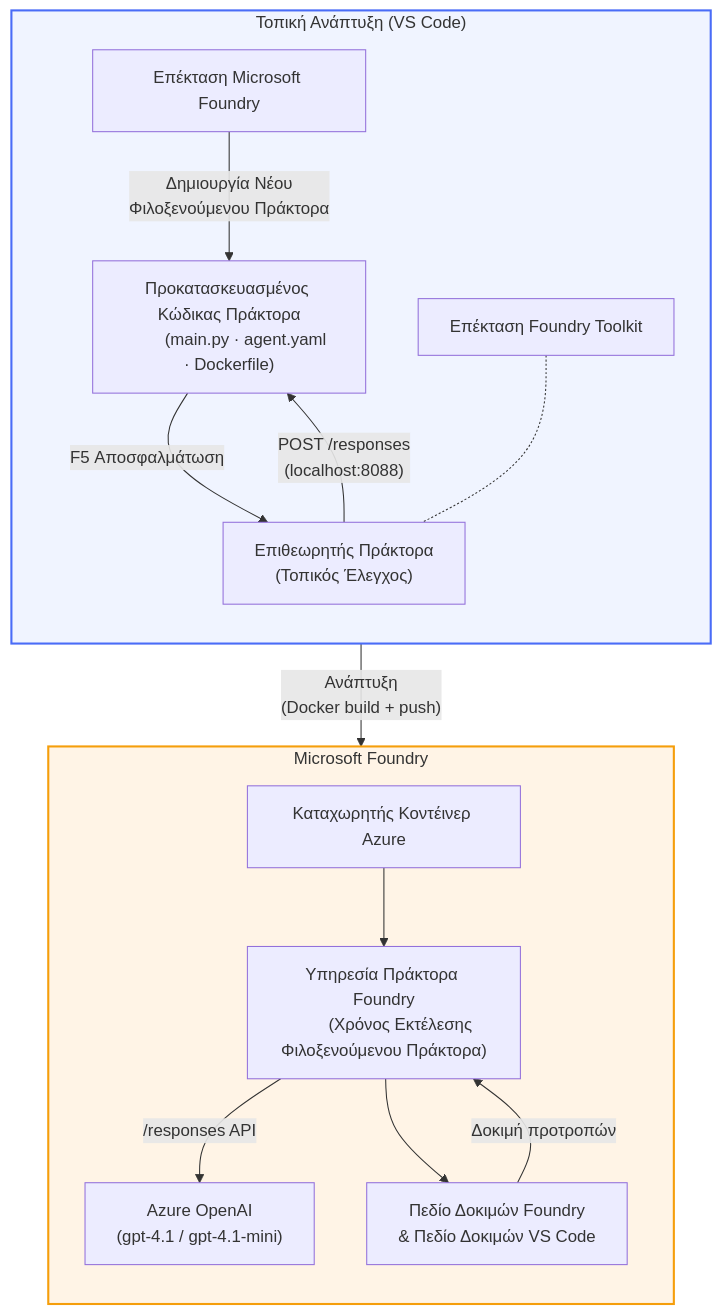
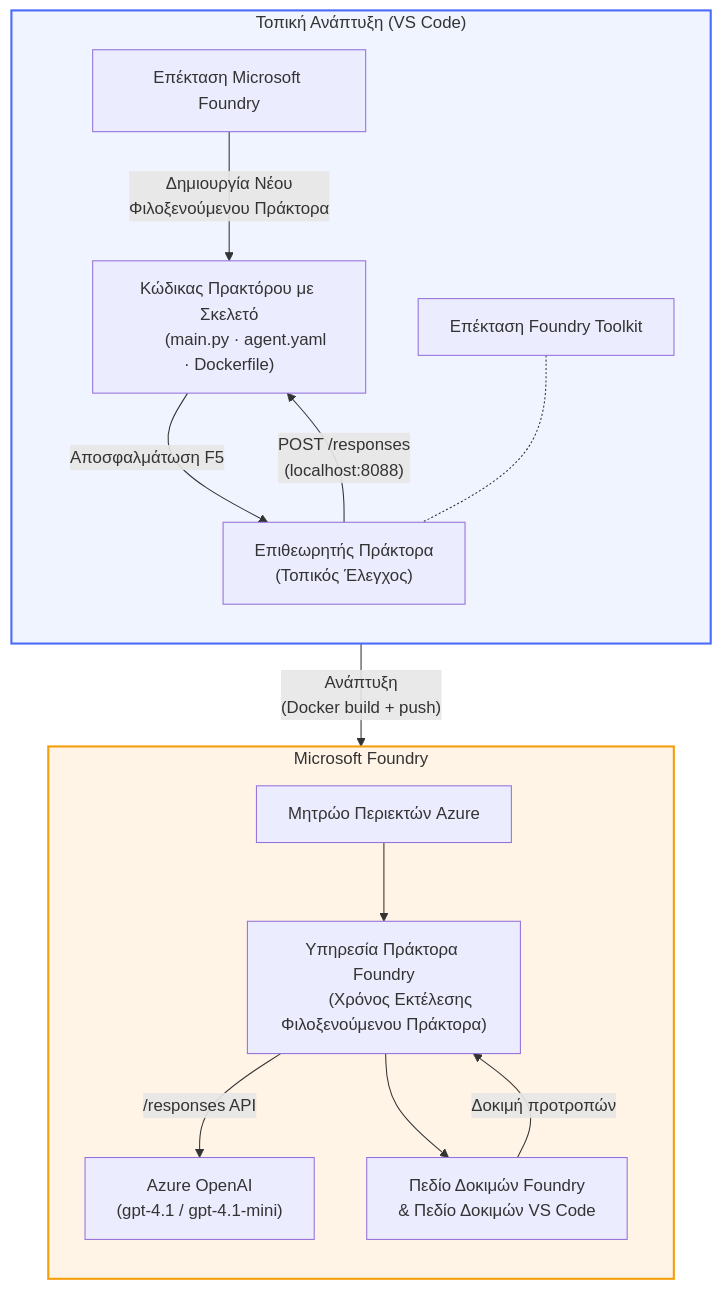
Before and after one commit to microsoft-foundry/Foundry_Toolkit_for_VSCode_Lab: the diagram in translations/el/README.md, drawn with Mermaid. The commit also changed other lines of this file and 110 other files, not shown here.

````diff
--- a/translations/el/README.md
+++ b/translations/el/README.md
@@ -48,39 +52,39 @@
 ```mermaid
 flowchart TB
     subgraph Local["Τοπική Ανάπτυξη (VS Code)"]
         direction TB
         FE["Επέκταση Microsoft Foundry"]
         FoundryToolkit["Επέκταση Foundry Toolkit"]
-        Scaffold["Προκατασκευασμένος Κώδικας Πράκτορα
+        Scaffold["Κώδικας Πρακτόρου με Σκελετό
         (main.py · agent.yaml · Dockerfile)"]
         Inspector["Επιθεωρητής Πράκτορα
         (Τοπικός Έλεγχος)"]
         FE -- "Δημιουργία Νέου
         Φιλοξενούμενου Πράκτορα" --> Scaffold
-        Scaffold -- "F5 Αποσφαλμάτωση" --> Inspector
+        Scaffold -- "Αποσφαλμάτωση F5" --> Inspector
         FoundryToolkit -.- Inspector
     end
 
     subgraph Cloud["Microsoft Foundry"]
         direction TB
-        ACR["Καταχωρητής Κοντέινερ Azure"]
+        ACR["Μητρώο Περιεκτών Azure"]
         AgentService["Υπηρεσία Πράκτορα Foundry
         (Χρόνος Εκτέλεσης Φιλοξενούμενου Πράκτορα)"]
         Model["Azure OpenAI
         (gpt-4.1 / gpt-4.1-mini)"]
         Playground["Πεδίο Δοκιμών Foundry
         & Πεδίο Δοκιμών VS Code"]
         ACR --> AgentService
         AgentService -- "/responses API" --> Model
         AgentService --> Playground
     end
 
     Scaffold -- "Ανάπτυξη
     (Docker build + push)" --> ACR
     Inspector -- "POST /responses
     (localhost:8088)" --> Scaffold
     Playground -- "Δοκιμή προτροπών" --> AgentService
 
     style Local fill:#f0f4ff,stroke:#4a6cf7,stroke-width:2px
     style Cloud fill:#fff4e6,stroke:#f59e0b,stroke-width:2px
 ```
````
